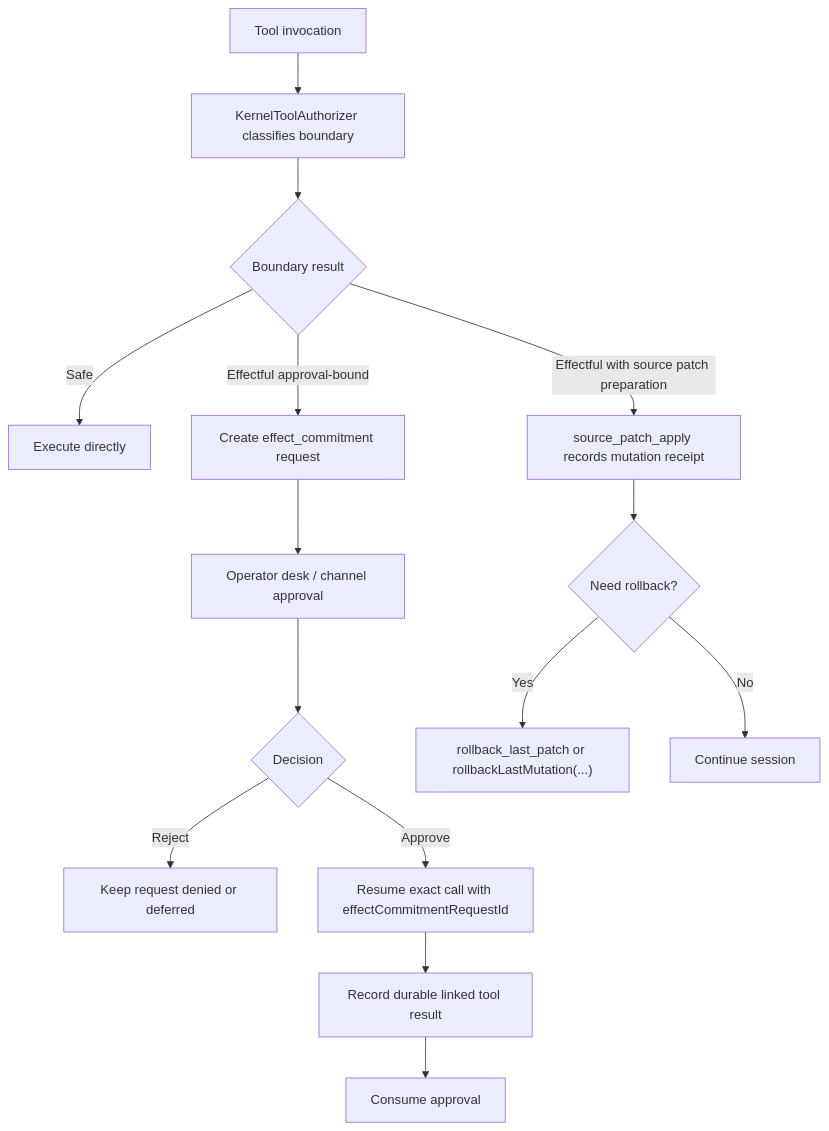
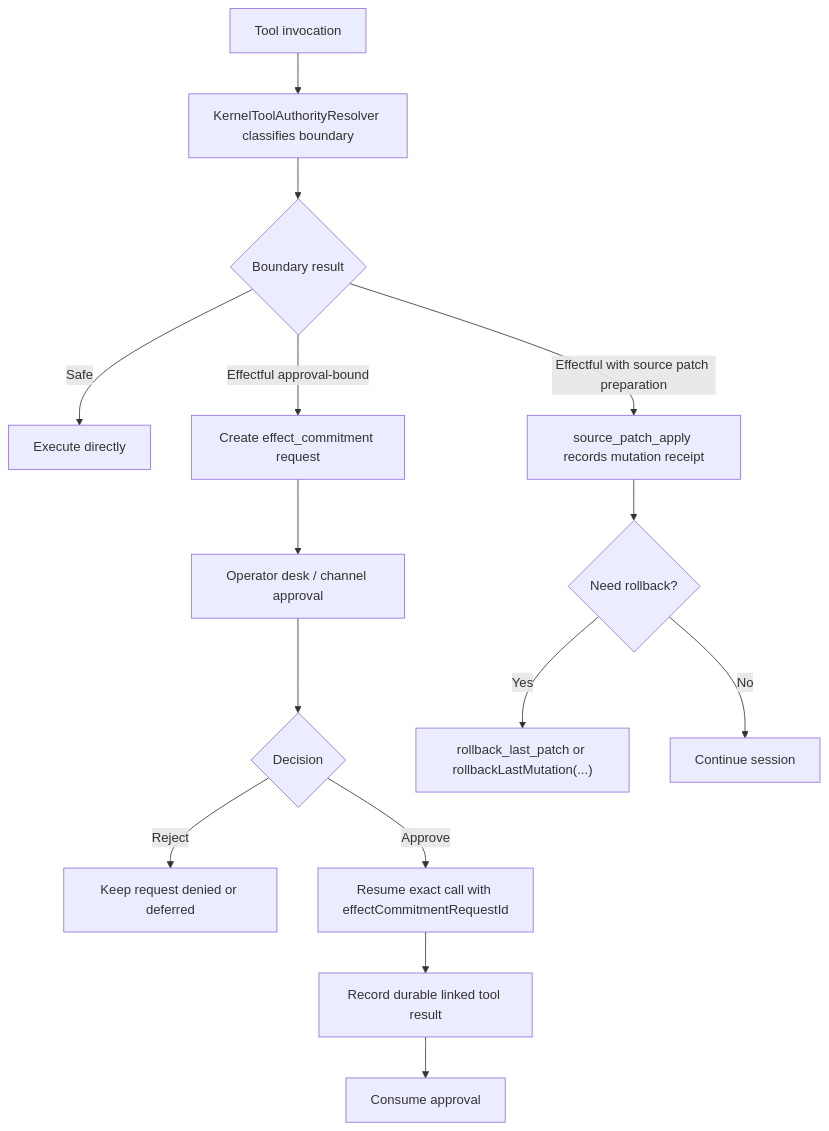
The diagram in docs/journeys/operator/approval-and-rollback.md (arcthur/brewva), drawn with Mermaid before and after one commit. The commit also changed 51 other files, not shown here.

````diff
--- a/docs/journeys/operator/approval-and-rollback.md
+++ b/docs/journeys/operator/approval-and-rollback.md
@@ -40,17 +40,17 @@
 ```mermaid
 flowchart TD
-  A["Tool invocation"] --> B["KernelToolAuthorizer classifies boundary"]
+  A["Tool invocation"] --> B["KernelToolAuthorityResolver classifies boundary"]
   B --> C{"Boundary result"}
   C -->|Safe| D["Execute directly"]
   C -->|Effectful with source patch preparation| E["source_patch_apply records mutation receipt"]
   C -->|Effectful approval-bound| F["Create effect_commitment request"]
   F --> G["Operator desk / channel approval"]
   G --> H{"Decision"}
   H -->|Reject| I["Keep request denied or deferred"]
   H -->|Approve| J["Resume exact call with effectCommitmentRequestId"]
   J --> K["Record durable linked tool result"]
   K --> L["Consume approval"]
   E --> M{"Need rollback?"}
   M -->|Yes| N["rollback_last_patch or rollbackLastMutation(...)"]
   M -->|No| O["Continue session"]
 ```
````
